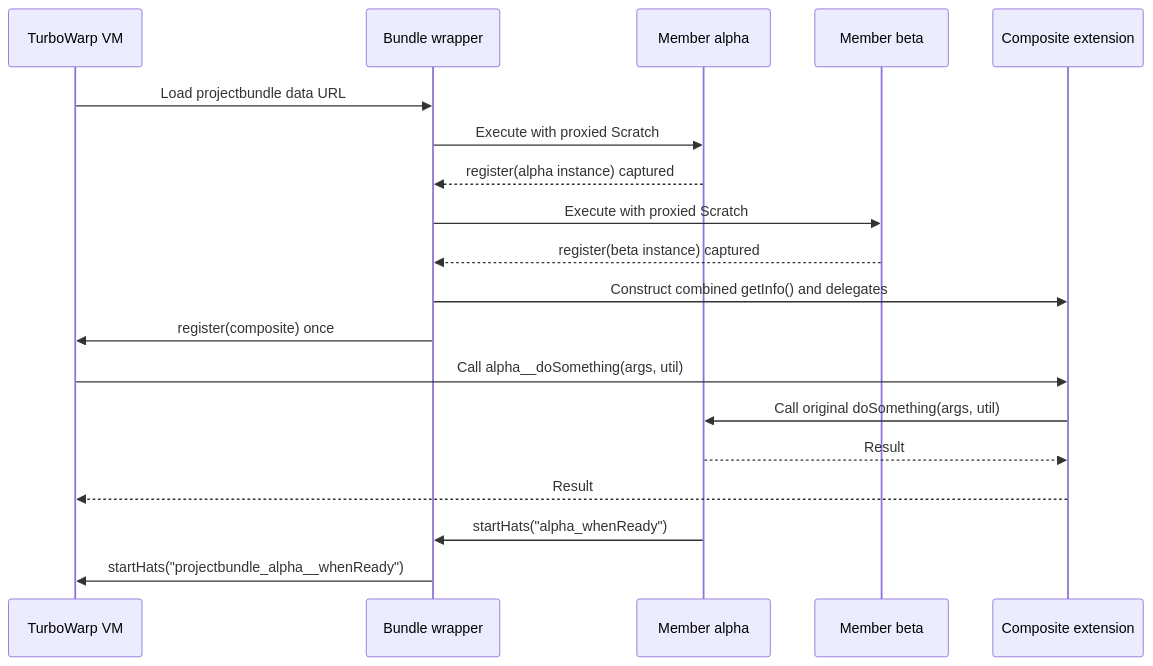
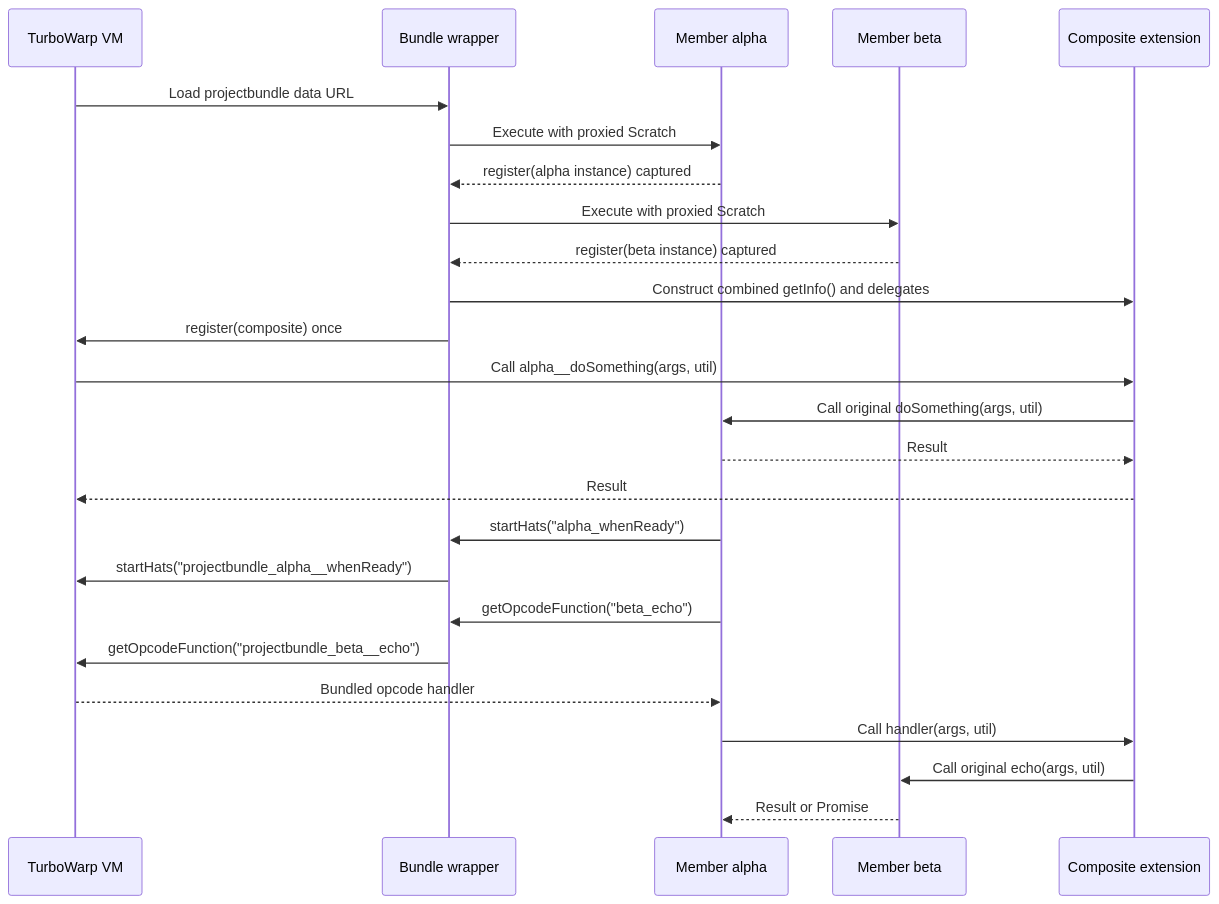
The fourth of 6 diagrams in docs/extension-bundles.md (kubohiroya/sb3-toolchain), drawn with Mermaid before and after one commit. The commit also changed other lines of this file and 3 other files, not shown here.

````diff
--- a/docs/extension-bundles.md
+++ b/docs/extension-bundles.md
@@ -160,24 +160,31 @@
 ```mermaid
 sequenceDiagram
   participant VM as TurboWarp VM
   participant W as Bundle wrapper
   participant A as Member alpha
   participant B as Member beta
   participant C as Composite extension
 
   VM->>W: Load projectbundle data URL
   W->>A: Execute with proxied Scratch
   A-->>W: register(alpha instance) captured
   W->>B: Execute with proxied Scratch
   B-->>W: register(beta instance) captured
   W->>C: Construct combined getInfo() and delegates
   W->>VM: register(composite) once
 
   VM->>C: Call alpha__doSomething(args, util)
   C->>A: Call original doSomething(args, util)
   A-->>C: Result
   C-->>VM: Result
 
   A->>W: startHats("alpha_whenReady")
   W->>VM: startHats("projectbundle_alpha__whenReady")
+
+  A->>W: getOpcodeFunction("beta_echo")
+  W->>VM: getOpcodeFunction("projectbundle_beta__echo")
+  VM-->>A: Bundled opcode handler
+  A->>C: Call handler(args, util)
+  C->>B: Call original echo(args, util)
+  B-->>A: Result or Promise
 ```
````
